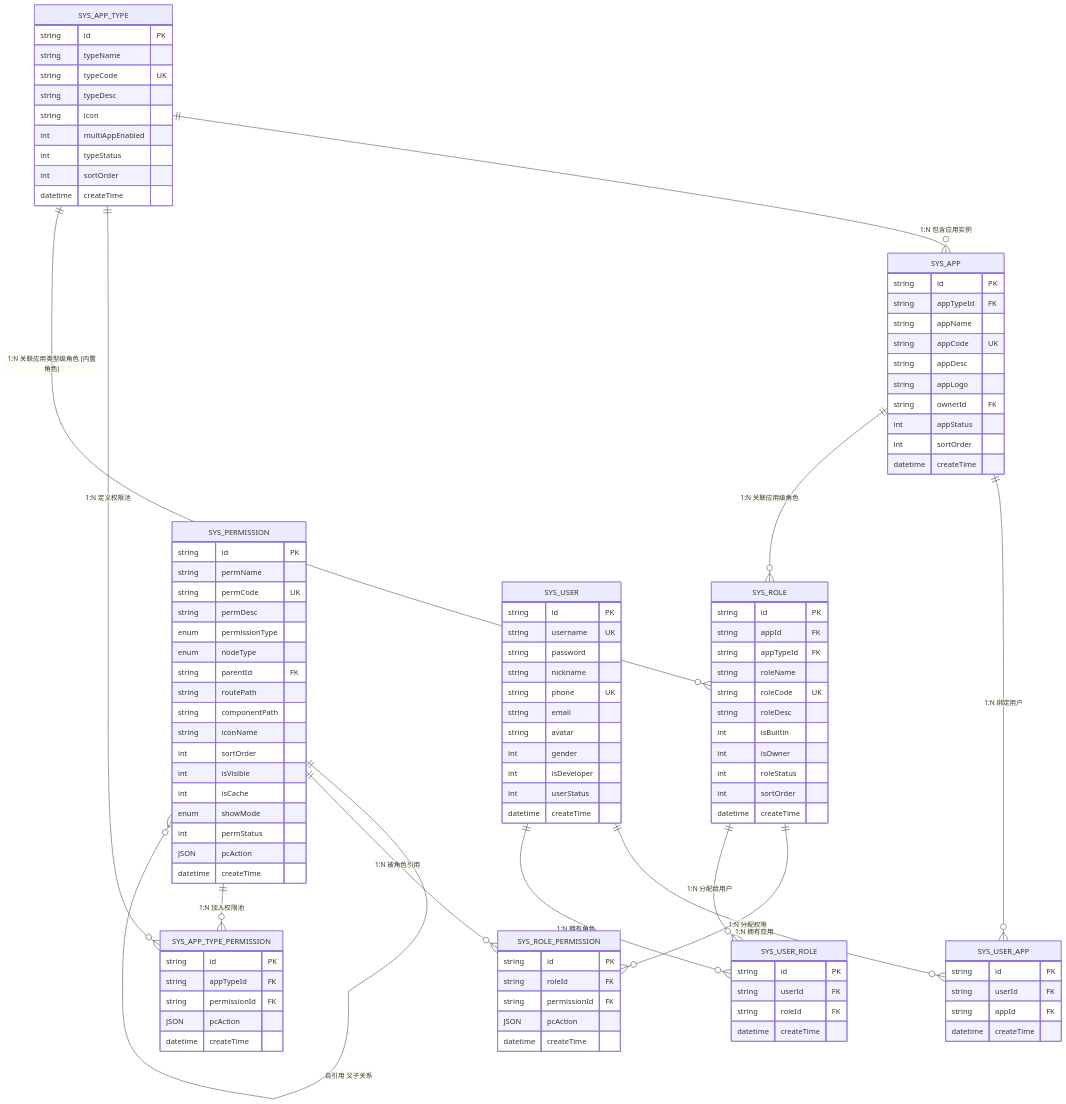
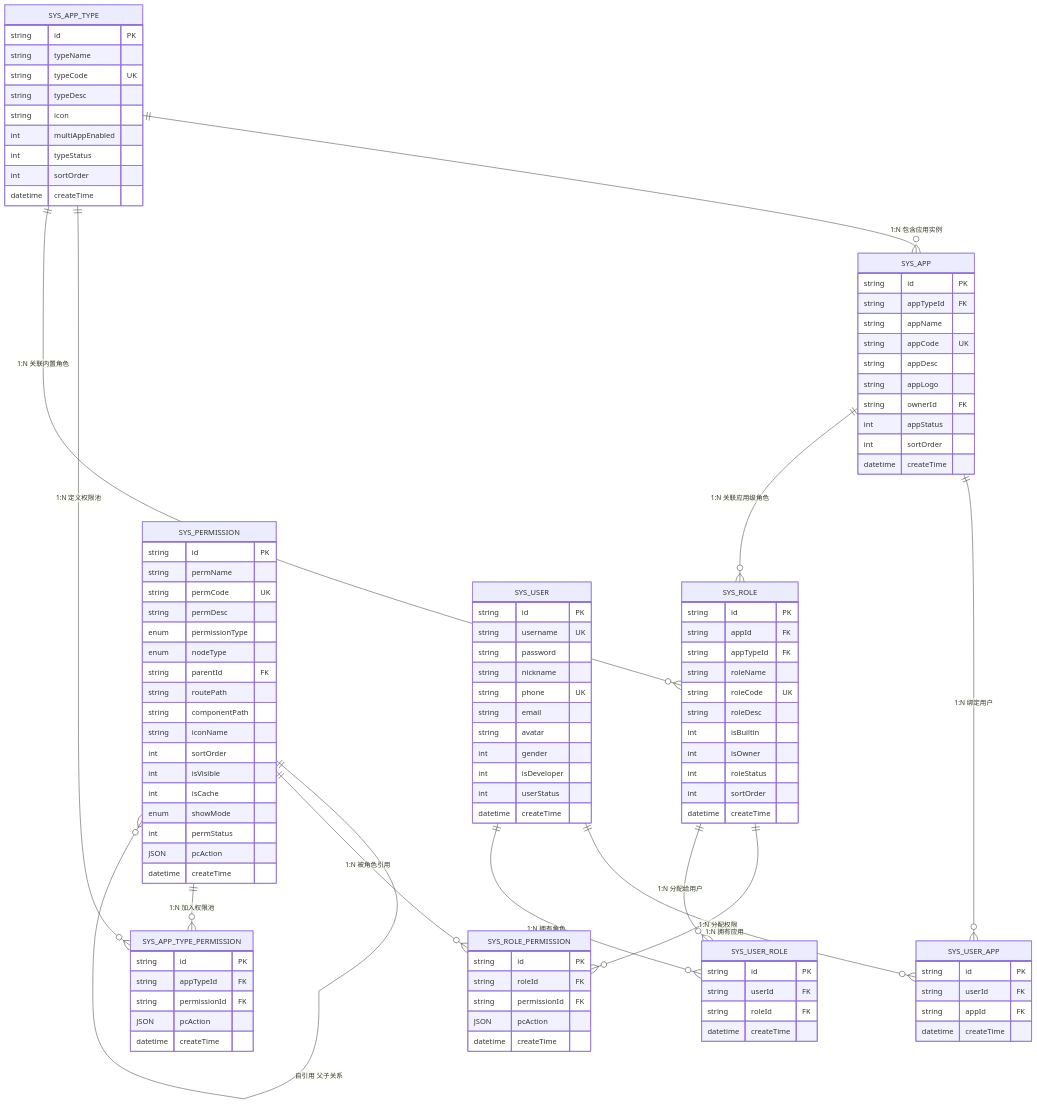
The diagram in docs/database/database-er-diagram.md (huyumo/moyan-mfw), drawn with Mermaid before and after one commit. The commit also changed other lines of this file and 14 other files, not shown here.

```diff
--- a/docs/database/database-er-diagram.md
+++ b/docs/database/database-er-diagram.md
@@ -25,7 +25,7 @@
 erDiagram
     SYS_APP_TYPE ||--o{ SYS_APP : "1:N 包含应用实例"
     SYS_APP_TYPE ||--o{ SYS_APP_TYPE_PERMISSION : "1:N 定义权限池"
-    SYS_APP_TYPE ||--o{ SYS_ROLE : "1:N 关联应用类型级角色 (内置角色)"
+    SYS_APP_TYPE ||--o{ SYS_ROLE : "1:N 关联内置角色"
 
     SYS_APP ||--o{ SYS_USER_APP : "1:N 绑定用户"
     SYS_APP ||--o{ SYS_ROLE : "1:N 关联应用级角色"
```
